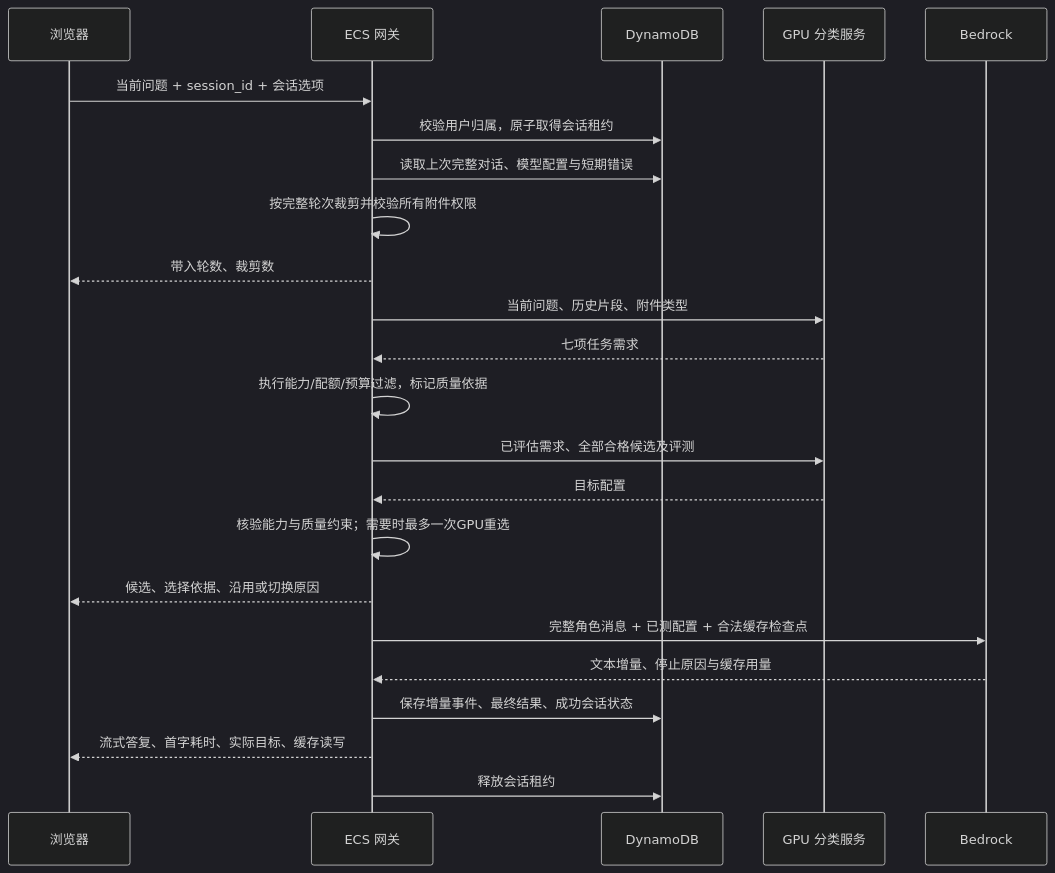
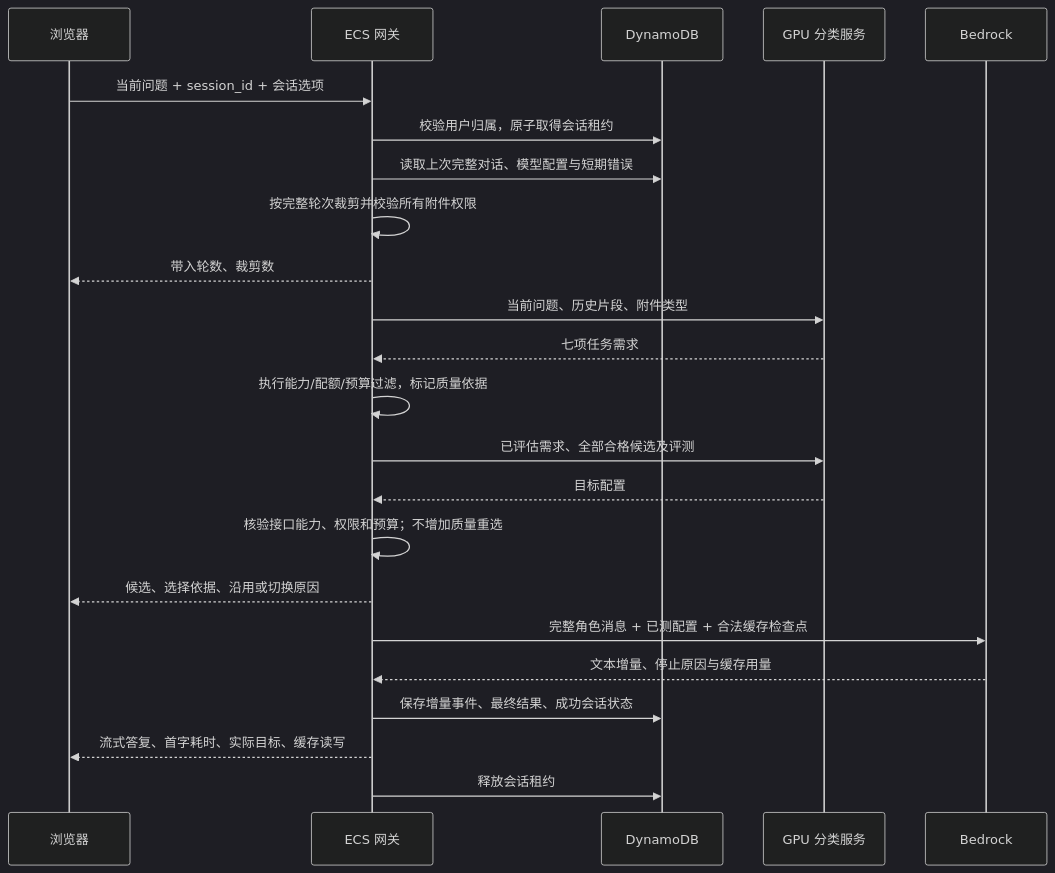
Before and after one commit to milan9527/DeciderModelRouter: the diagram in docs/SESSION_ROUTING.zh.md, drawn with Mermaid (dark theme). The commit also changed other lines of this file and 57 other files, not shown here.

````diff
--- a/docs/SESSION_ROUTING.zh.md
+++ b/docs/SESSION_ROUTING.zh.md
@@ -40,25 +40,25 @@
 ```mermaid
 sequenceDiagram
     participant UI as 浏览器
     participant API as ECS 网关
     participant DB as DynamoDB
     participant GPU as GPU 分类服务
     participant BR as Bedrock
     UI->>API: 当前问题 + session_id + 会话选项
     API->>DB: 校验用户归属，原子取得会话租约
     API->>DB: 读取上次完整对话、模型配置与短期错误
     API->>API: 按完整轮次裁剪并校验所有附件权限
     API-->>UI: 带入轮数、裁剪数
     API->>GPU: 当前问题、历史片段、附件类型
     GPU-->>API: 七项任务需求
     API->>API: 执行能力/配额/预算过滤，标记质量依据
     API->>GPU: 已评估需求、全部合格候选及评测
     GPU-->>API: 目标配置
-    API->>API: 核验能力与质量约束；需要时最多一次GPU重选
+    API->>API: 核验接口能力、权限和预算；不增加质量重选
     API-->>UI: 候选、选择依据、沿用或切换原因
     API->>BR: 完整角色消息 + 已测配置 + 合法缓存检查点
     BR-->>API: 文本增量、停止原因与缓存用量
     API->>DB: 保存增量事件、最终结果、成功会话状态
     API-->>UI: 流式答复、首字耗时、实际目标、缓存读写
     API->>DB: 释放会话租约
 ```
````
